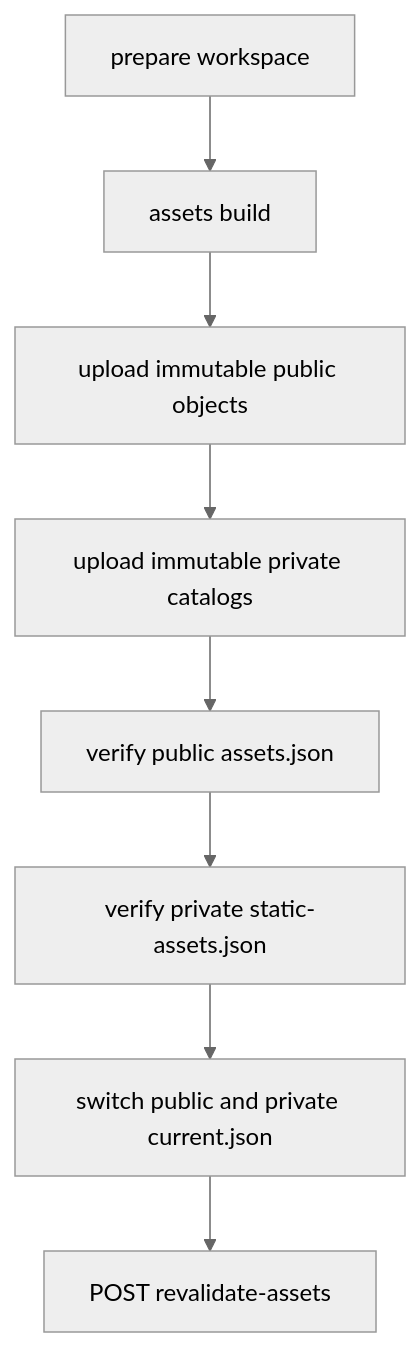
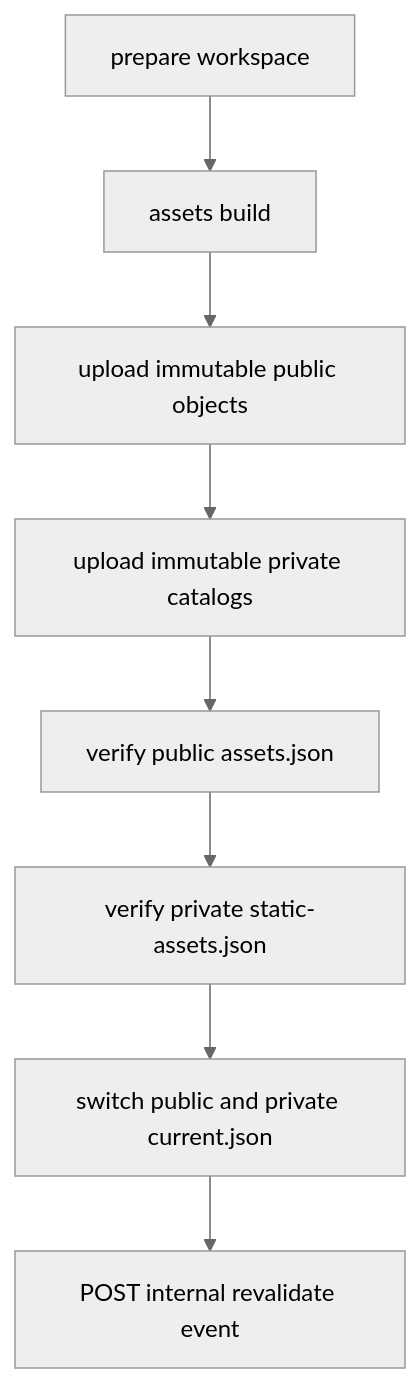
The diagram in docs/human/ASSETS.md (Arsvine-Devs/realm), drawn with Mermaid (neutral theme) before and after one commit. The commit also changed other lines of this file and 49 other files, not shown here.

````diff
--- a/docs/human/ASSETS.md
+++ b/docs/human/ASSETS.md
@@ -102,10 +102,10 @@
 ```mermaid
 flowchart TD
   A[prepare workspace] --> B[assets build]
   B --> C[upload immutable public objects]
   C --> D[upload immutable private catalogs]
   D --> E[verify public assets.json]
   E --> F[verify private static-assets.json]
   F --> G[switch public and private current.json]
-  G --> H[POST revalidate-assets]
+  G --> H[POST internal revalidate event]
 ```
````
